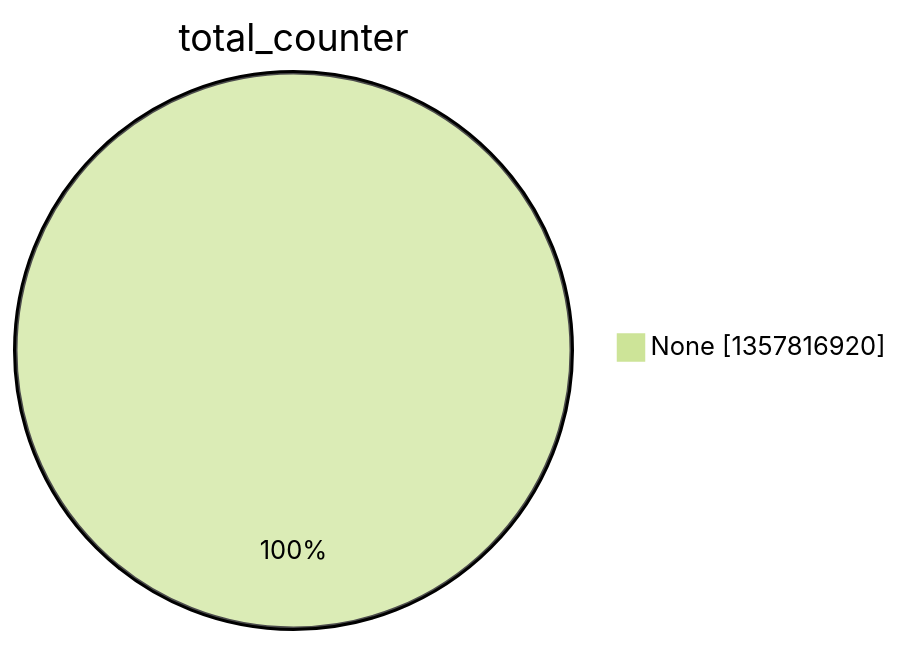
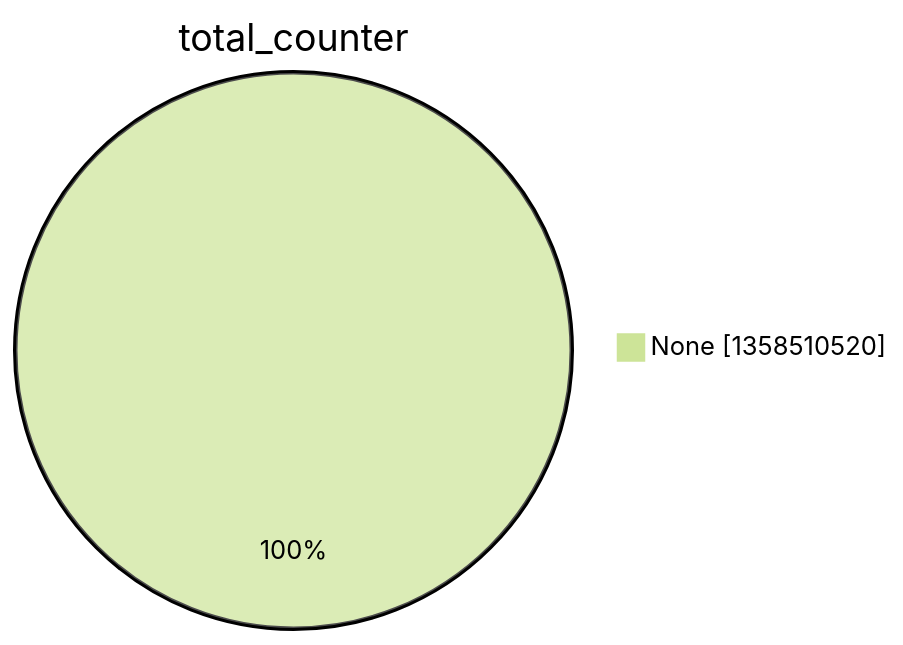
The second of 15 diagrams in argon2022/README.md (christiankrug/ctmonitor_visualization), drawn with Mermaid (forest theme) before and after one commit. The commit also changed other lines of this file, not shown here.

````diff
--- a/argon2022/README.md
+++ b/argon2022/README.md
@@ -9,5 +9,5 @@
 ```mermaid
 pie showData
 title total_counter
-"None" :1357816920
+"None" :1358510520
 ```
````
